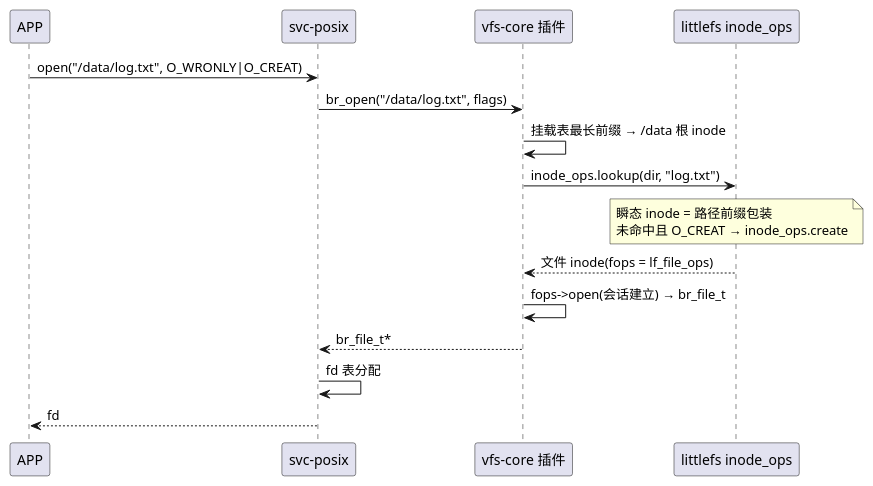
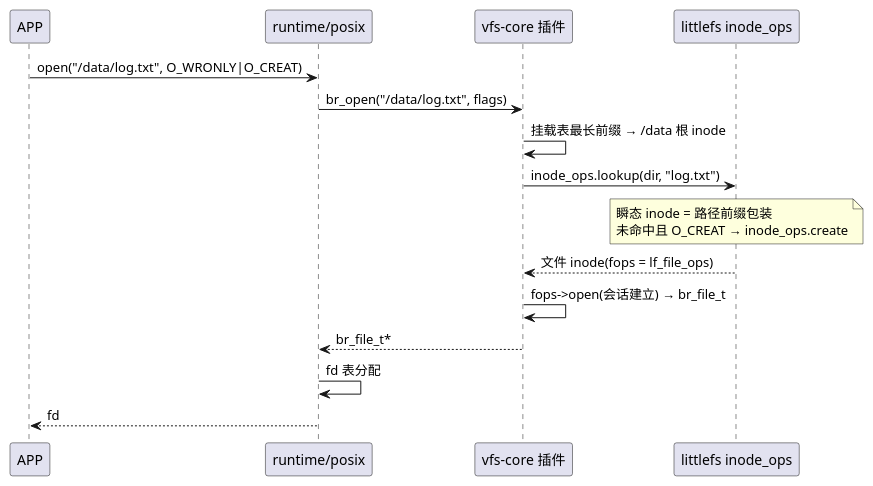
The diagram in docs/7-storage/plantUML/7-01-vfs-01.puml (zhuyh4n9/brickOS), drawn with PlantUML before and after one commit. The commit also changed 28 other files, not shown here.

First line of the commit message:
设计侧跟改: POSIX 运行时改名 runtime/posix(+ runtime 命名空间)、链接契约回灌、fd 表归属收口

```diff
--- a/docs/7-storage/plantUML/7-01-vfs-01.puml
+++ b/docs/7-storage/plantUML/7-01-vfs-01.puml
@@ -1,19 +1,19 @@
 @startuml
 participant "APP" as APP
-participant "svc-posix" as PX
+participant "runtime/posix" as PX
 participant "vfs-core 插件" as VF
 participant "littlefs inode_ops" as IN
 APP -> PX: open("/data/log.txt", O_WRONLY|O_CREAT)
 PX -> VF: br_open("/data/log.txt", flags)
 VF -> VF: 挂载表最长前缀 → /data 根 inode
 VF -> IN: inode_ops.lookup(dir, "log.txt")
 note over IN
   瞬态 inode = 路径前缀包装
   未命中且 O_CREAT → inode_ops.create
 end note
 IN --> VF: 文件 inode(fops = lf_file_ops)
 VF -> VF: fops->open(会话建立) → br_file_t
 VF --> PX: br_file_t*
 PX -> PX: fd 表分配
 PX --> APP: fd
 @enduml
```
